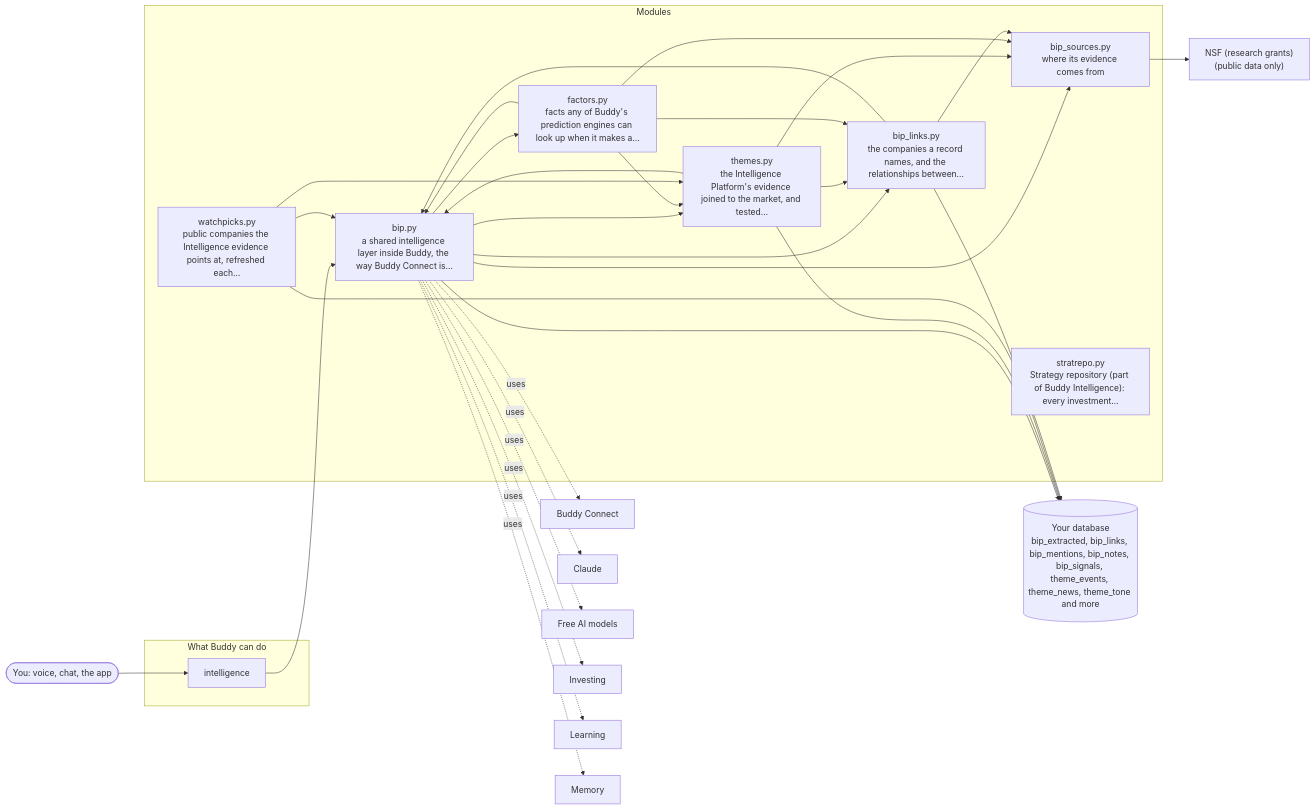
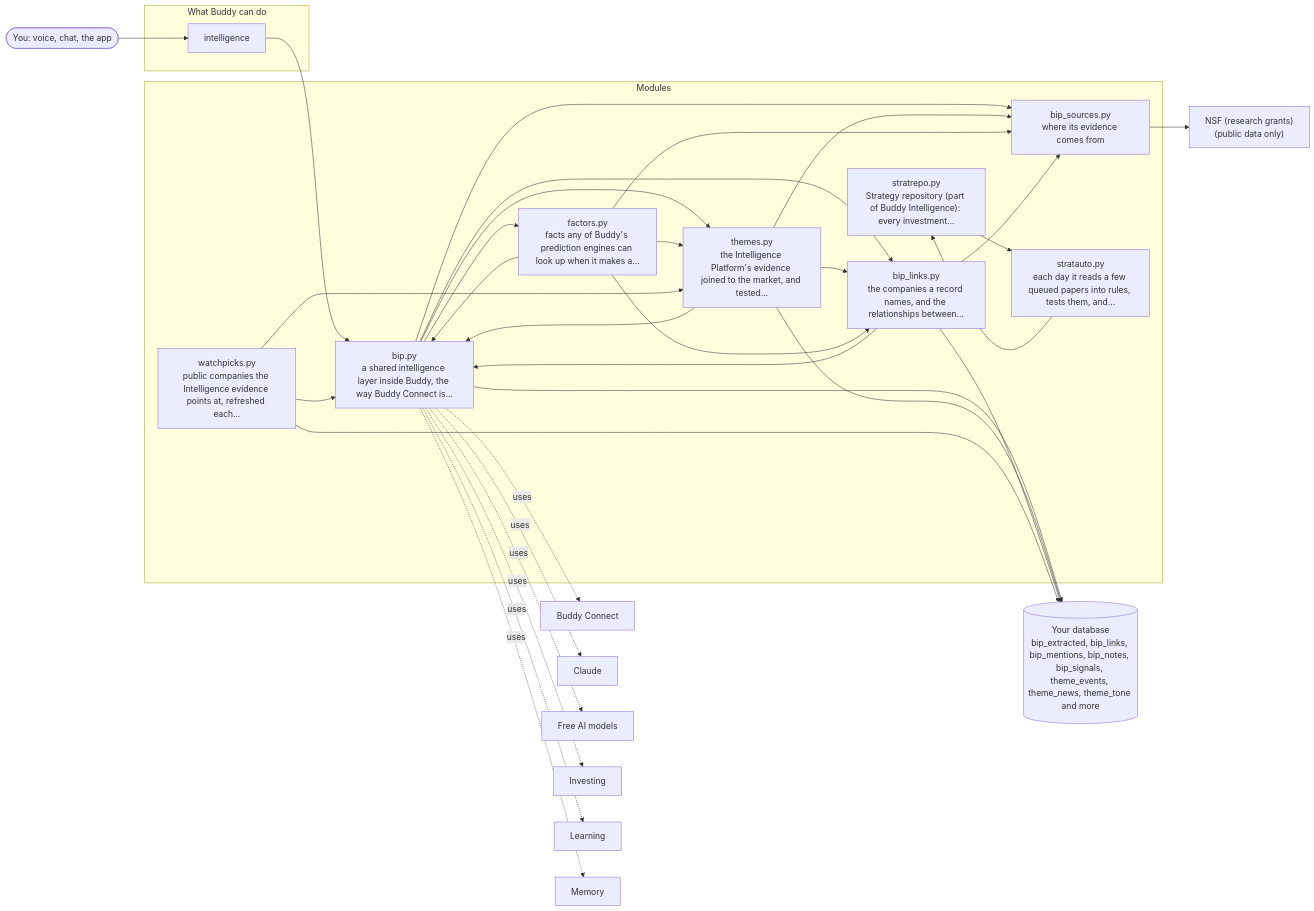
The diagram in docs/architecture/20-buddy-intelligence-platform.md (aneesh304810/BuddyAgent), drawn with Mermaid before and after one commit. The commit also changed other lines of this file and 12 other files, not shown here.

First line of the commit message:
Investment Intelligence: a daily pass reads and tests queued papers, pauses rules failing live, and adds a second reading

````diff
--- a/docs/architecture/20-buddy-intelligence-platform.md
+++ b/docs/architecture/20-buddy-intelligence-platform.md
@@ -7,52 +7,55 @@
 ```mermaid
 flowchart LR
     you(["You: voice, chat, the app"])
     subgraph Tools["What Buddy can do"]
         t_intelligence["intelligence"]
     end
     subgraph Modules["Modules"]
         bip_py["bip.py<br/>a shared intelligence layer inside Buddy, the way Buddy Connect is…"]
         bip_sources_py["bip_sources.py<br/>where its evidence comes from"]
         themes_py["themes.py<br/>the Intelligence Platform's evidence joined to the market, and tested…"]
         factors_py["factors.py<br/>facts any of Buddy's prediction engines can look up when it makes a…"]
         bip_links_py["bip_links.py<br/>the companies a record names, and the relationships between…"]
         watchpicks_py["watchpicks.py<br/>public companies the Intelligence evidence points at, refreshed each…"]
         stratrepo_py["stratrepo.py<br/>Strategy repository (part of Buddy Intelligence): every investment…"]
+        stratauto_py["stratauto.py<br/>each day it reads a few queued papers into rules, tests them, and…"]
     end
     you --> t_intelligence
     t_intelligence --> bip_py
     bip_py --> bip_links_py
     bip_py --> bip_sources_py
     bip_py --> factors_py
     bip_py --> themes_py
     themes_py --> bip_py
     themes_py --> bip_links_py
     themes_py --> bip_sources_py
     factors_py --> bip_py
     factors_py --> bip_links_py
     factors_py --> bip_sources_py
     factors_py --> themes_py
     bip_links_py --> bip_py
     bip_links_py --> bip_sources_py
     watchpicks_py --> bip_py
     watchpicks_py --> themes_py
+    stratrepo_py --> stratauto_py
+    stratauto_py --> stratrepo_py
     db[("Your database<br/>bip_extracted, bip_links, bip_mentions, bip_notes, bip_signals, theme_events, theme_news, theme_tone and more")]
     bip_py --> db
     themes_py --> db
     bip_links_py --> db
     watchpicks_py --> db
     s_nsf["NSF (research grants)<br/>(public data only)"]
     bip_sources_py --> s_nsf
     o_0["Buddy Connect"]
     bip_py -. uses .-> o_0
     o_1["Claude"]
     bip_py -. uses .-> o_1
     o_2["Free AI models"]
     bip_py -. uses .-> o_2
     o_3["Investing"]
     bip_py -. uses .-> o_3
     o_4["Learning"]
     bip_py -. uses .-> o_4
     o_5["Memory"]
     bip_py -. uses .-> o_5
 ```
````
